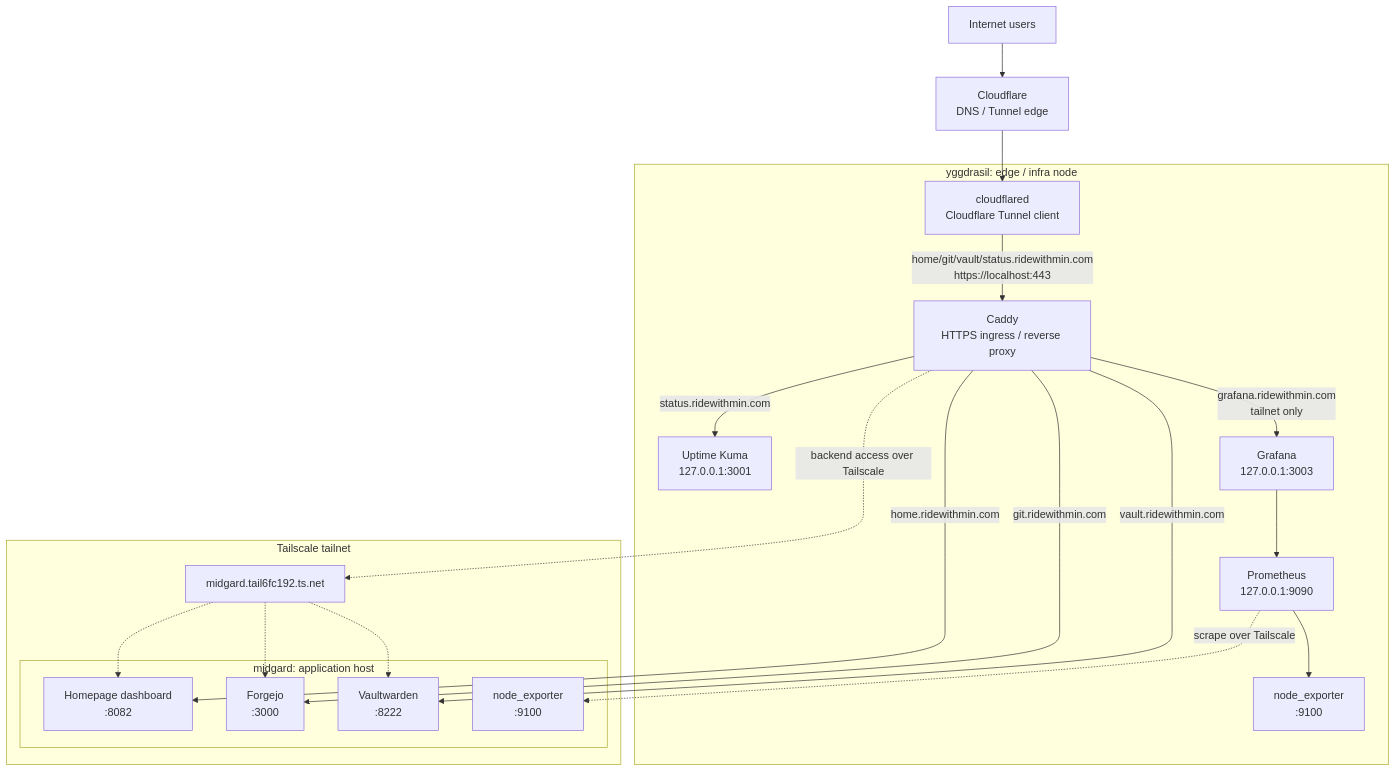
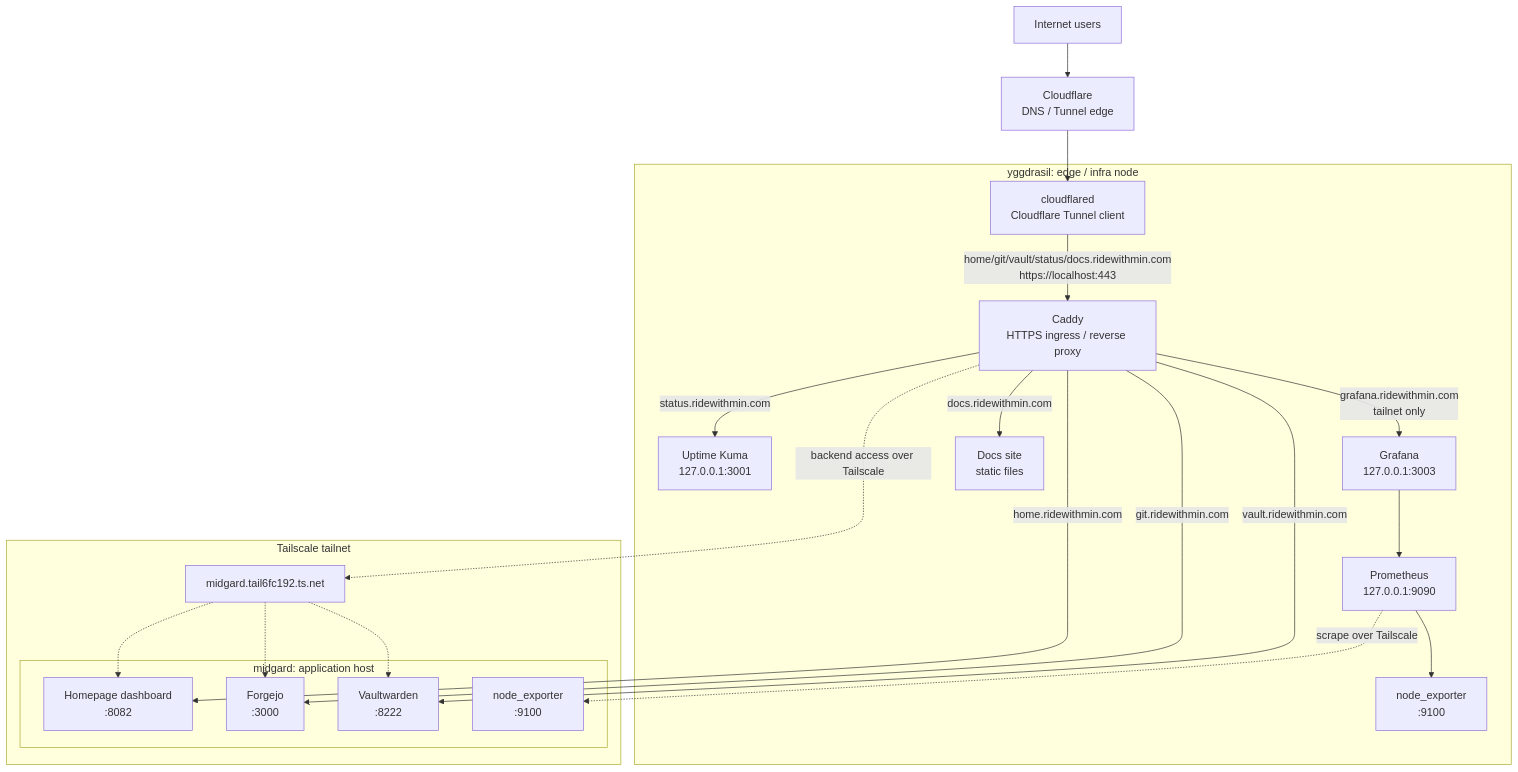
Before and after one commit to smg1024/homelab: the diagram in docs/en/architecture.md, drawn with Mermaid. The commit also changed 13 other files, not shown here.

````diff
--- a/docs/en/architecture.md
+++ b/docs/en/architecture.md
@@ -12,44 +12,46 @@
 ```mermaid
 flowchart TD
     internet["Internet users"]
     cloudflare["Cloudflare<br/>DNS / Tunnel edge"]
 
     subgraph yggdrasil["yggdrasil: edge / infra node"]
         cloudflared["cloudflared<br/>Cloudflare Tunnel client"]
         caddy["Caddy<br/>HTTPS ingress / reverse proxy"]
         kuma["Uptime Kuma<br/>127.0.0.1:3001"]
         prometheus["Prometheus<br/>127.0.0.1:9090"]
         grafana["Grafana<br/>127.0.0.1:3003"]
+        docsSite["Docs site<br/>static files"]
         yNodeExporter["node_exporter<br/>:9100"]
     end
 
     subgraph tailnet["Tailscale tailnet"]
         midgardDns["midgard.tail6fc192.ts.net"]
 
         subgraph midgard["midgard: application host"]
             homepage["Homepage dashboard<br/>:8082"]
             forgejo["Forgejo<br/>:3000"]
             vaultwarden["Vaultwarden<br/>:8222"]
             mNodeExporter["node_exporter<br/>:9100"]
         end
     end
 
     internet --> cloudflare
     cloudflare --> cloudflared
-    cloudflared -->|"home/git/vault/status.ridewithmin.com<br/>https://localhost:443"| caddy
+    cloudflared -->|"home/git/vault/status/docs.ridewithmin.com<br/>https://localhost:443"| caddy
 
     caddy -->|"status.ridewithmin.com"| kuma
     caddy -->|"home.ridewithmin.com"| homepage
     caddy -->|"git.ridewithmin.com"| forgejo
     caddy -->|"vault.ridewithmin.com"| vaultwarden
     caddy -->|"grafana.ridewithmin.com<br/>tailnet only"| grafana
+    caddy -->|"docs.ridewithmin.com"| docsSite
 
     caddy -.->|backend access over Tailscale| midgardDns
     midgardDns -.-> homepage
     midgardDns -.-> forgejo
     midgardDns -.-> vaultwarden
 
     prometheus --> yNodeExporter
     prometheus -.->|scrape over Tailscale| mNodeExporter
     grafana --> prometheus
 ```
````
